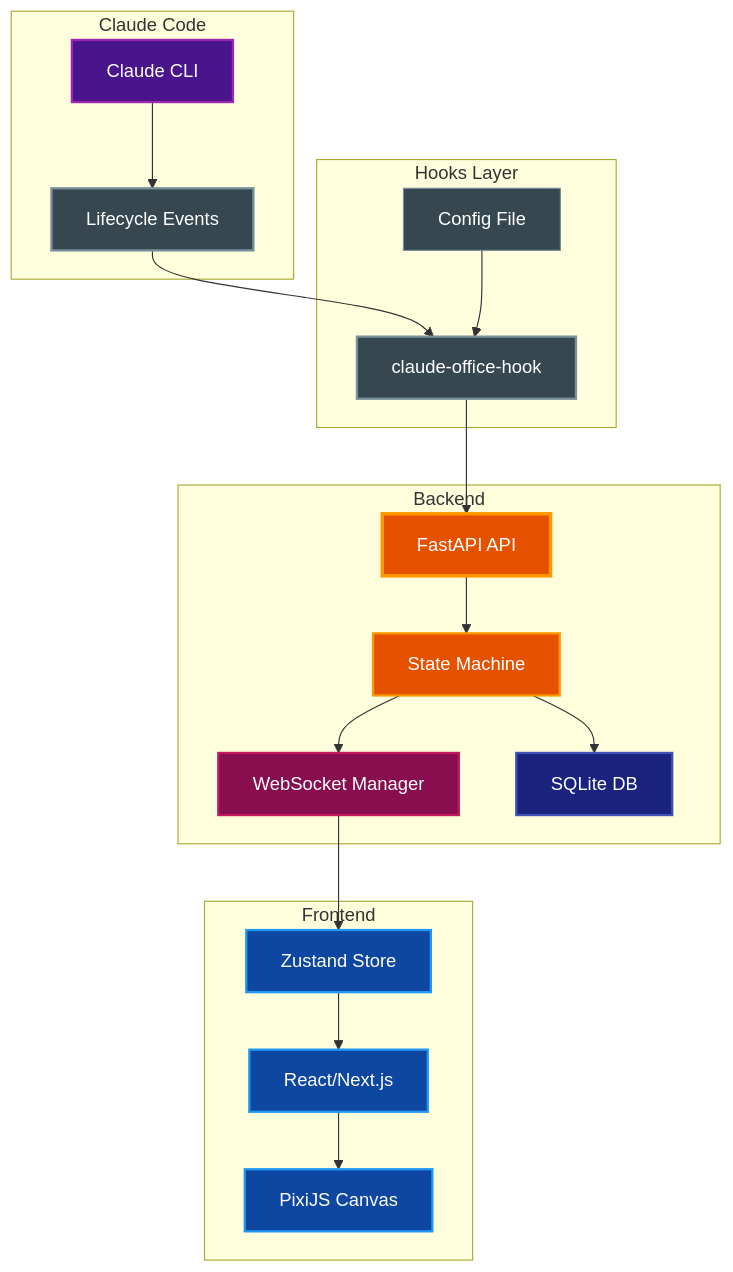
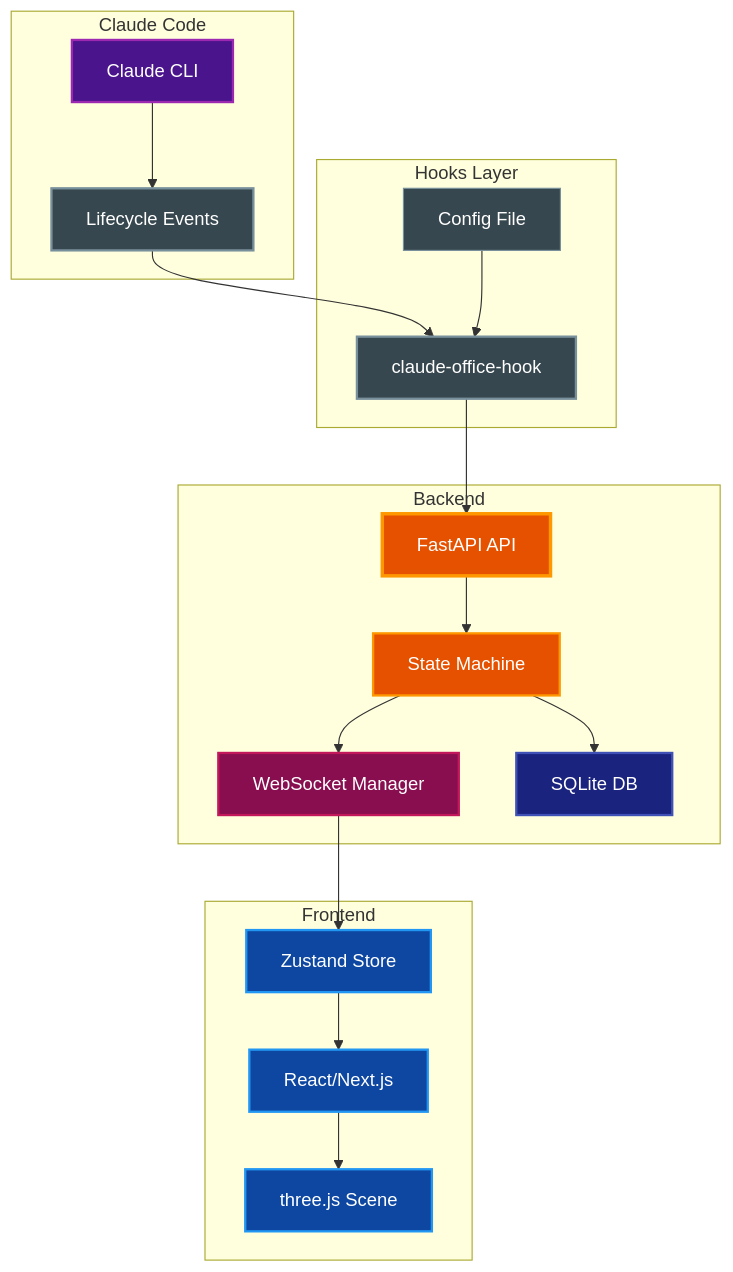
One commit to heejunKIM01/agent-office changed the first of 5 diagrams in docs/architecture/ARCHITECTURE.md. Above: the diagram before and after it, drawn with Mermaid. The commit also changed other lines of this file and 9 other files, not shown here.

````diff
--- a/docs/architecture/ARCHITECTURE.md
+++ b/docs/architecture/ARCHITECTURE.md
@@ -42,48 +36,48 @@
 ```mermaid
 graph TD
     subgraph "Claude Code"
         CLI[Claude CLI]
         Events[Lifecycle Events]
     end
 
     subgraph "Hooks Layer"
         Hook[claude-office-hook]
         Config[Config File]
     end
 
     subgraph "Backend"
         API[FastAPI API]
         SM[State Machine]
         WS[WebSocket Manager]
         DB[SQLite DB]
     end
 
     subgraph "Frontend"
         React[React/Next.js]
-        Pixi[PixiJS Canvas]
+        Scene[three.js Scene]
         Zustand[Zustand Store]
     end
 
     CLI --> Events
     Events --> Hook
     Config --> Hook
     Hook --> API
     API --> SM
     SM --> DB
     SM --> WS
     WS --> Zustand
     Zustand --> React
-    React --> Pixi
+    React --> Scene
 
     style CLI fill:#4a148c,stroke:#9c27b0,stroke-width:2px,color:#ffffff
     style Events fill:#37474f,stroke:#78909c,stroke-width:2px,color:#ffffff
     style Hook fill:#37474f,stroke:#78909c,stroke-width:2px,color:#ffffff
     style Config fill:#37474f,stroke:#78909c,stroke-width:1px,color:#ffffff
     style API fill:#e65100,stroke:#ff9800,stroke-width:3px,color:#ffffff
     style SM fill:#e65100,stroke:#ff9800,stroke-width:2px,color:#ffffff
     style WS fill:#880e4f,stroke:#c2185b,stroke-width:2px,color:#ffffff
     style DB fill:#1a237e,stroke:#3f51b5,stroke-width:2px,color:#ffffff
     style React fill:#0d47a1,stroke:#2196f3,stroke-width:2px,color:#ffffff
-    style Pixi fill:#0d47a1,stroke:#2196f3,stroke-width:2px,color:#ffffff
+    style Scene fill:#0d47a1,stroke:#2196f3,stroke-width:2px,color:#ffffff
     style Zustand fill:#0d47a1,stroke:#2196f3,stroke-width:2px,color:#ffffff
 ```
````
